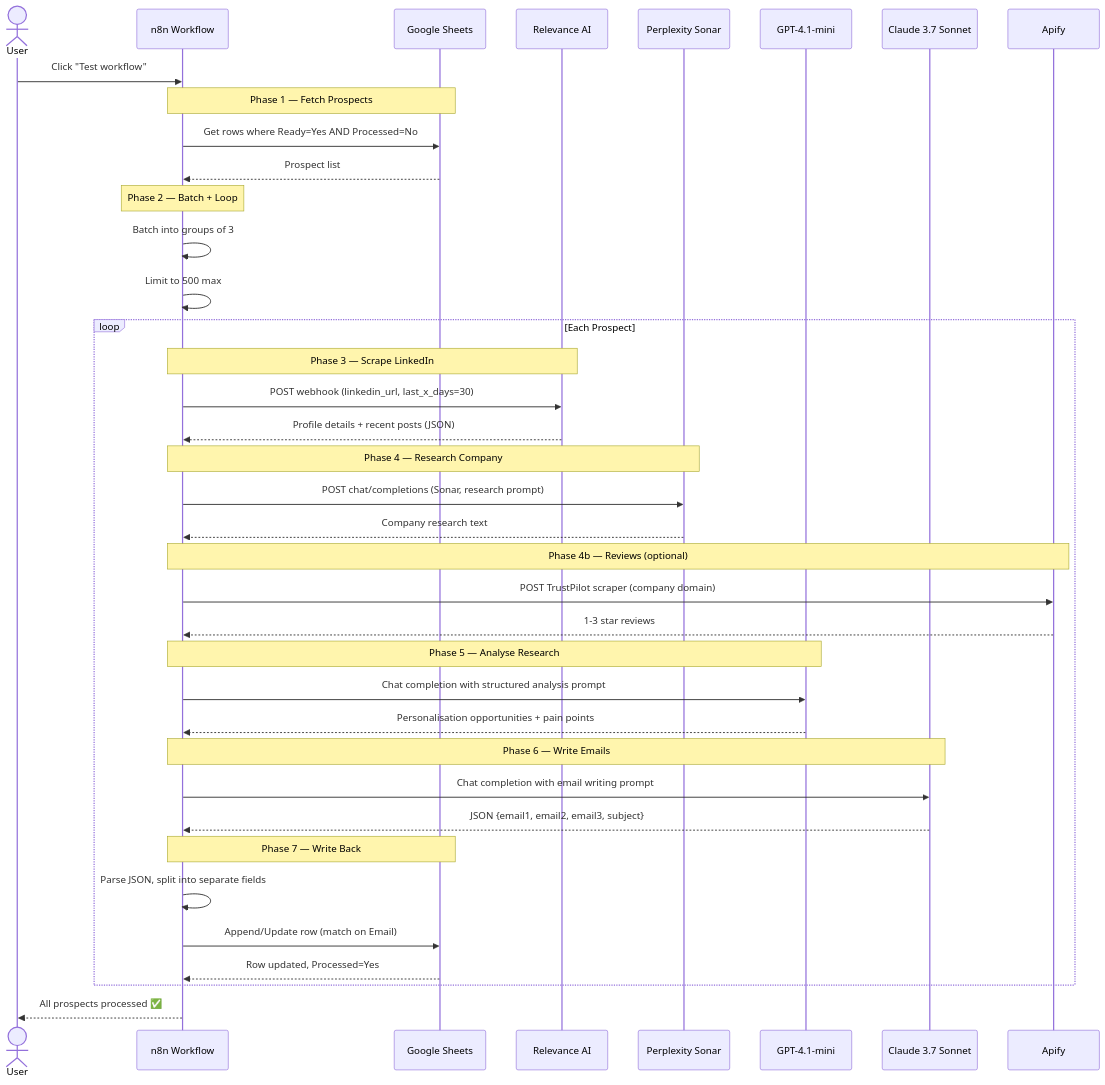
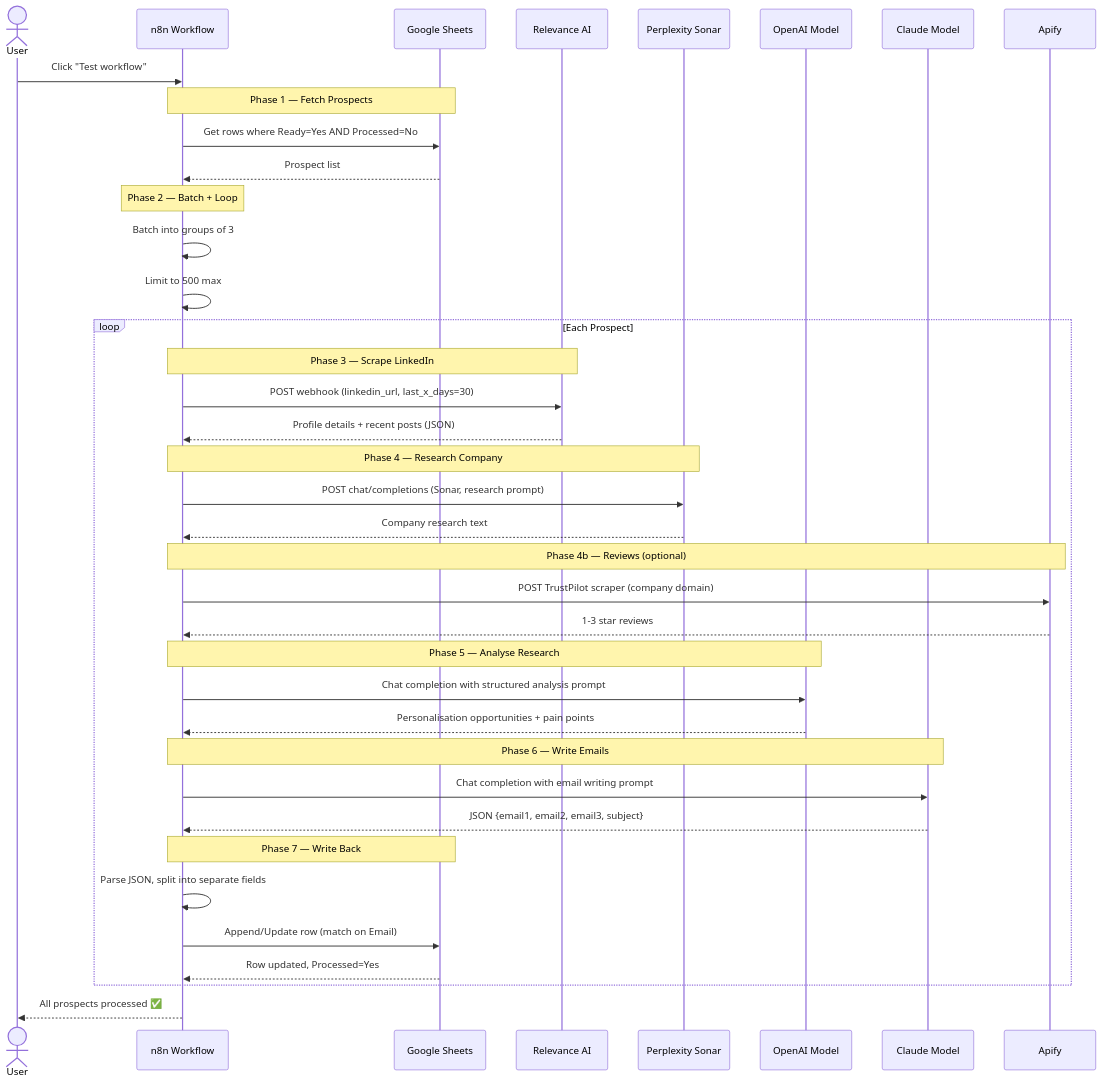
One commit to strider1000/Demo-Workflow-Automations changed the second of 3 diagrams in Email_Campaign_Prep/ARCHITECTURE.md. Above: the diagram before and after it, drawn with Mermaid. The commit also changed other lines of this file and 4 other files, not shown here.

````diff
--- a/Email_Campaign_Prep/ARCHITECTURE.md
+++ b/Email_Campaign_Prep/ARCHITECTURE.md
@@ -66,50 +66,50 @@
 ```mermaid
 sequenceDiagram
     actor User
     participant n8n as n8n Workflow
     participant GS as Google Sheets
     participant Relevance as Relevance AI
     participant Perplexity as Perplexity Sonar
-    participant GPT as GPT-4.1-mini
-    participant Claude as Claude 3.7 Sonnet
+    participant GPT as OpenAI Model
+    participant Claude as Claude Model
     participant Apify as Apify
 
     User->>n8n: Click "Test workflow"
 
     Note over n8n,GS: Phase 1 — Fetch Prospects
     n8n->>GS: Get rows where Ready=Yes AND Processed=No
     GS-->>n8n: Prospect list
 
     Note over n8n: Phase 2 — Batch + Loop
     n8n->>n8n: Batch into groups of 3
     n8n->>n8n: Limit to 500 max
 
     loop Each Prospect
         Note over n8n,Relevance: Phase 3 — Scrape LinkedIn
         n8n->>Relevance: POST webhook (linkedin_url, last_x_days=30)
         Relevance-->>n8n: Profile details + recent posts (JSON)
 
         Note over n8n,Perplexity: Phase 4 — Research Company
         n8n->>Perplexity: POST chat/completions (Sonar, research prompt)
         Perplexity-->>n8n: Company research text
 
         Note over n8n,Apify: Phase 4b — Reviews (optional)
         n8n->>Apify: POST TrustPilot scraper (company domain)
         Apify-->>n8n: 1-3 star reviews
 
         Note over n8n,GPT: Phase 5 — Analyse Research
         n8n->>GPT: Chat completion with structured analysis prompt
         GPT-->>n8n: Personalisation opportunities + pain points
 
         Note over n8n,Claude: Phase 6 — Write Emails
         n8n->>Claude: Chat completion with email writing prompt
         Claude-->>n8n: JSON {email1, email2, email3, subject}
 
         Note over n8n,GS: Phase 7 — Write Back
         n8n->>n8n: Parse JSON, split into separate fields
         n8n->>GS: Append/Update row (match on Email)
         GS-->>n8n: Row updated, Processed=Yes
     end
 
     n8n-->>User: All prospects processed ✅
 ```
````
